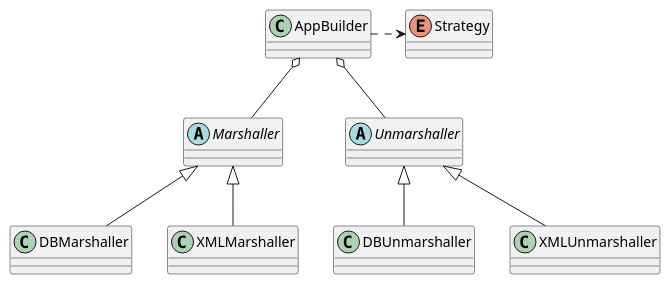
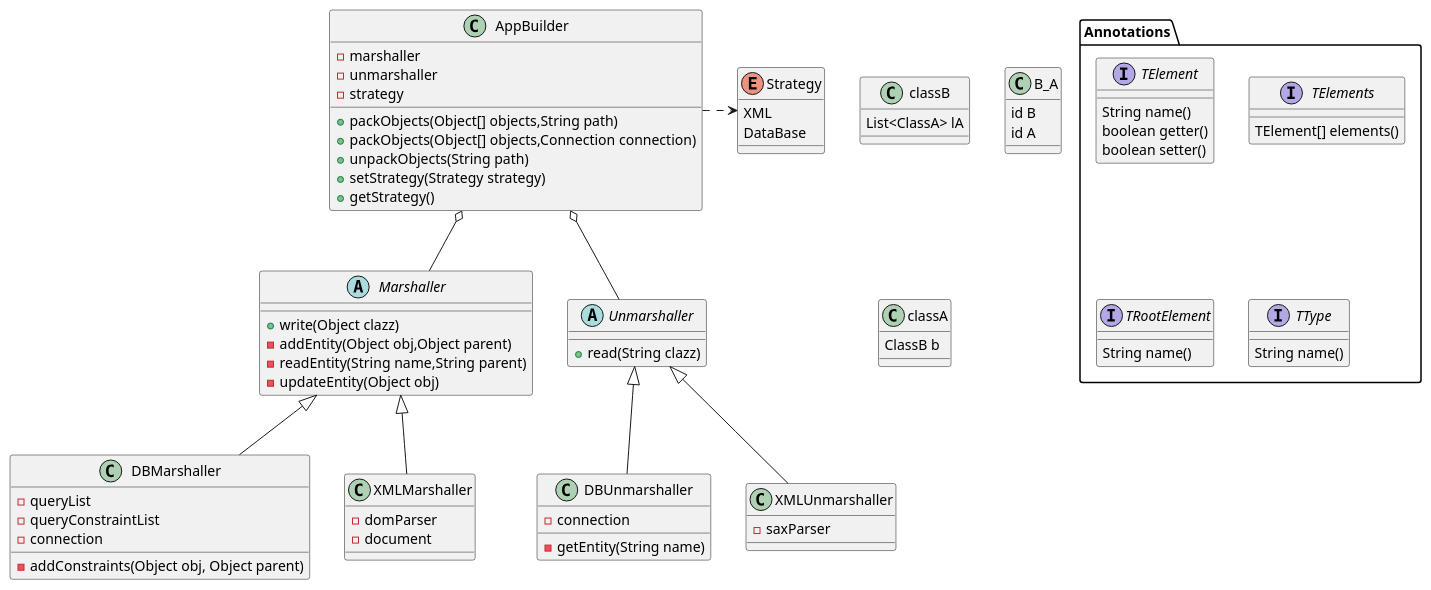
One commit to qeqs/classBuilder changed the diagram in src/diagrams/classDiagram.puml. Above: the diagram before and after it, drawn with PlantUML.

Commit message:
class diagram

```diff
--- a/src/diagrams/classDiagram.puml
+++ b/src/diagrams/classDiagram.puml
@@ -1,25 +1,81 @@
 @startuml
 
+enum Strategy{
+XML
+DataBase
+}
 class AppBuilder{
+-marshaller
+-unmarshaller
+-strategy
++packObjects(Object[] objects,String path)
++packObjects(Object[] objects,Connection connection)
++unpackObjects(String path)
++setStrategy(Strategy strategy)
++getStrategy()
 }
 abstract class Marshaller{
++write(Object clazz)
+-addEntity(Object obj,Object parent)
+-readEntity(String name,String parent)
+-updateEntity(Object obj)
 }
 abstract class Unmarshaller{
++read(String clazz)
 }
-enum Strategy
 class DBMarshaller{
+-queryList
+-queryConstraintList
+-connection
+-addConstraints(Object obj, Object parent)
 }
 class DBUnmarshaller{
+-connection
+-getEntity(String name)
 }
 class XMLMarshaller{
+-domParser
+-document
 }
 class XMLUnmarshaller{
+-saxParser
+}
+package Annotations{
+interface TElement{
+String name()
+boolean getter()
+boolean setter()
+}
+interface TElements{
+TElement[] elements()
+}
+interface TRootElement{
+String name()
+}
+interface TType{
+String name()
+}
 }
 AppBuilder o-down-Marshaller
 AppBuilder o-down-Unmarshaller
 Unmarshaller <|-- DBUnmarshaller
 Unmarshaller <|-- XMLUnmarshaller
 Marshaller <|-- DBMarshaller
 Marshaller <|-- XMLMarshaller
 AppBuilder .> Strategy
+
+
+
+class classB{
+List<ClassA> lA
+}
+class B_A{
+id B
+id A
+}
+class classA{
+ClassB b
+
+}
+
 @enduml
```
